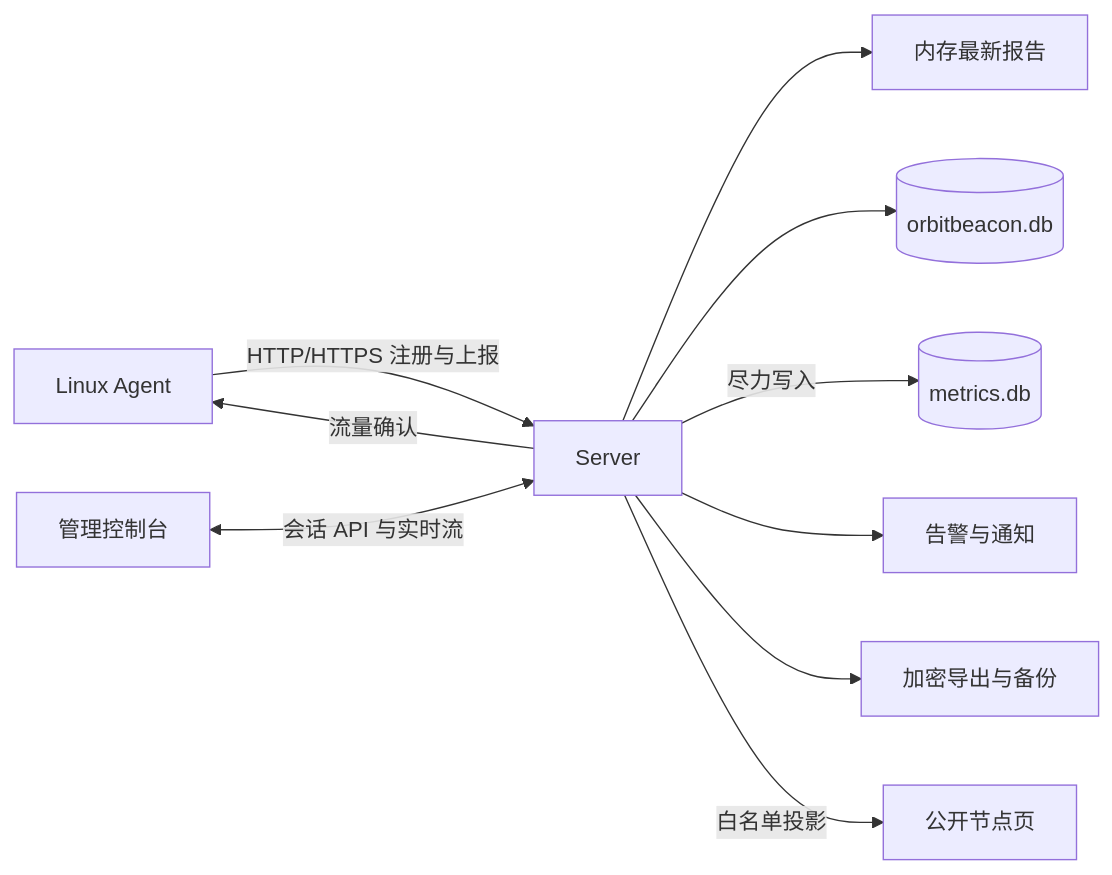
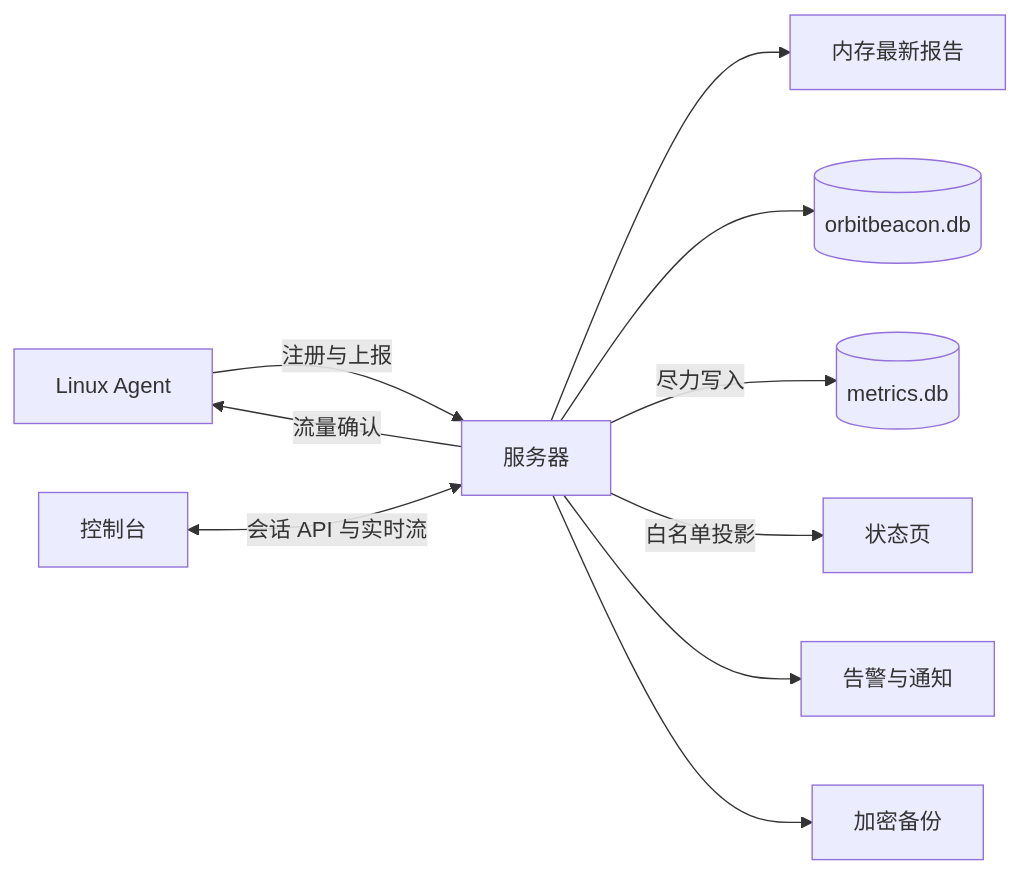
One commit to MR-MonkeyRay/orbit-beacon changed the diagram in docs/architecture.md. Above: the diagram before and after it, drawn with Mermaid. The commit also changed other lines of this file and 12 other files, not shown here.

````diff
--- a/docs/architecture.md
+++ b/docs/architecture.md
@@ -7,12 +7,12 @@
 ```mermaid
 flowchart LR
-    A[Linux Agent] -->|HTTP/HTTPS 注册与上报| S[Server]
+    A[Linux Agent] -->|注册与上报| S[服务器]
     S -->|流量确认| A
     S --> M[内存最新报告]
     S --> D[(orbitbeacon.db)]
     S -->|尽力写入| H[(metrics.db)]
+    C[控制台] <-->|会话 API 与实时流| S
+    S -->|白名单投影| P[状态页]
     S --> N[告警与通知]
-    S --> B[加密导出与备份]
-    W[管理控制台] <-->|会话 API 与实时流| S
-    S -->|白名单投影| P[公开节点页]
+    S --> B[加密备份]
 ```
````
